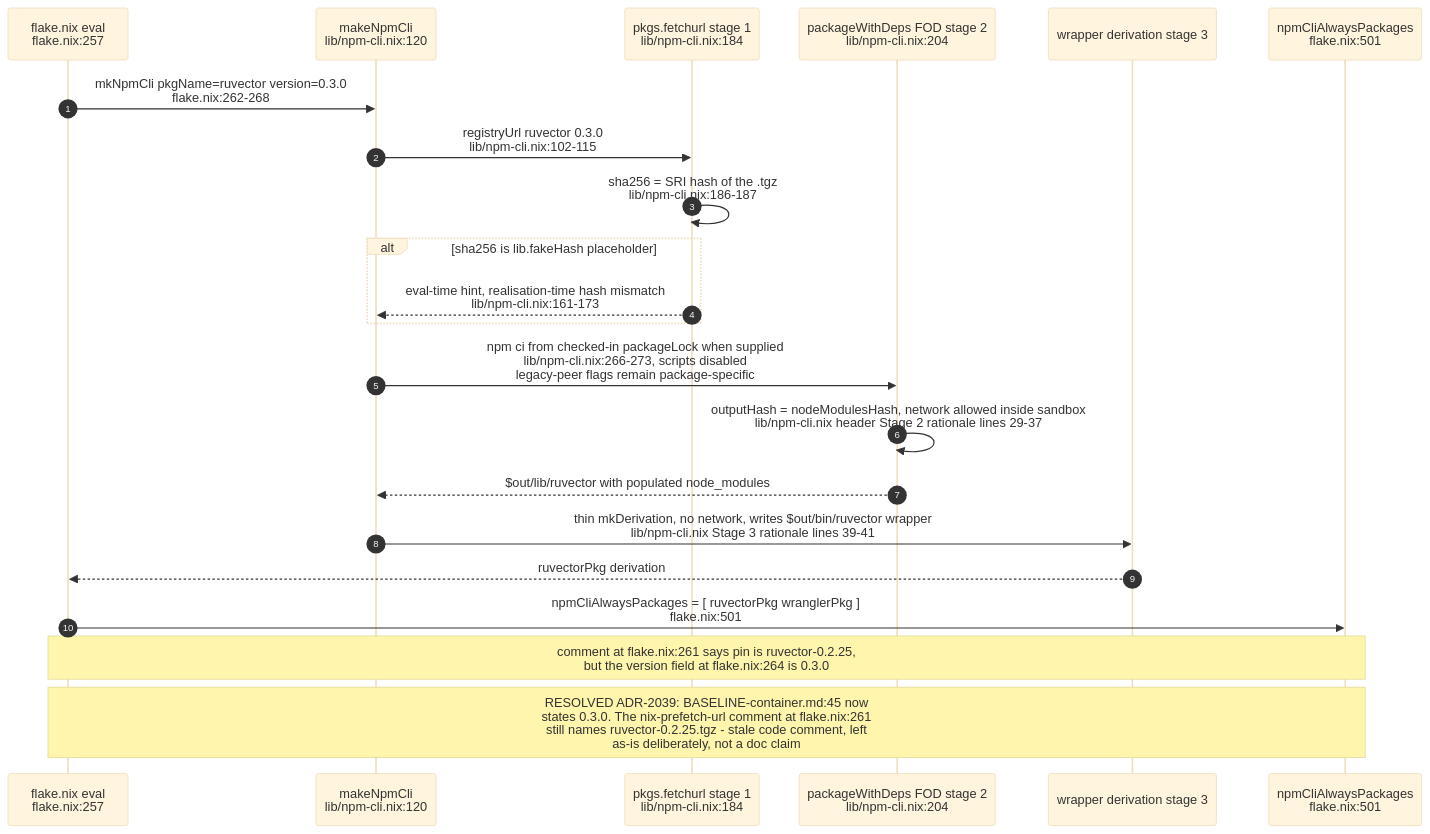
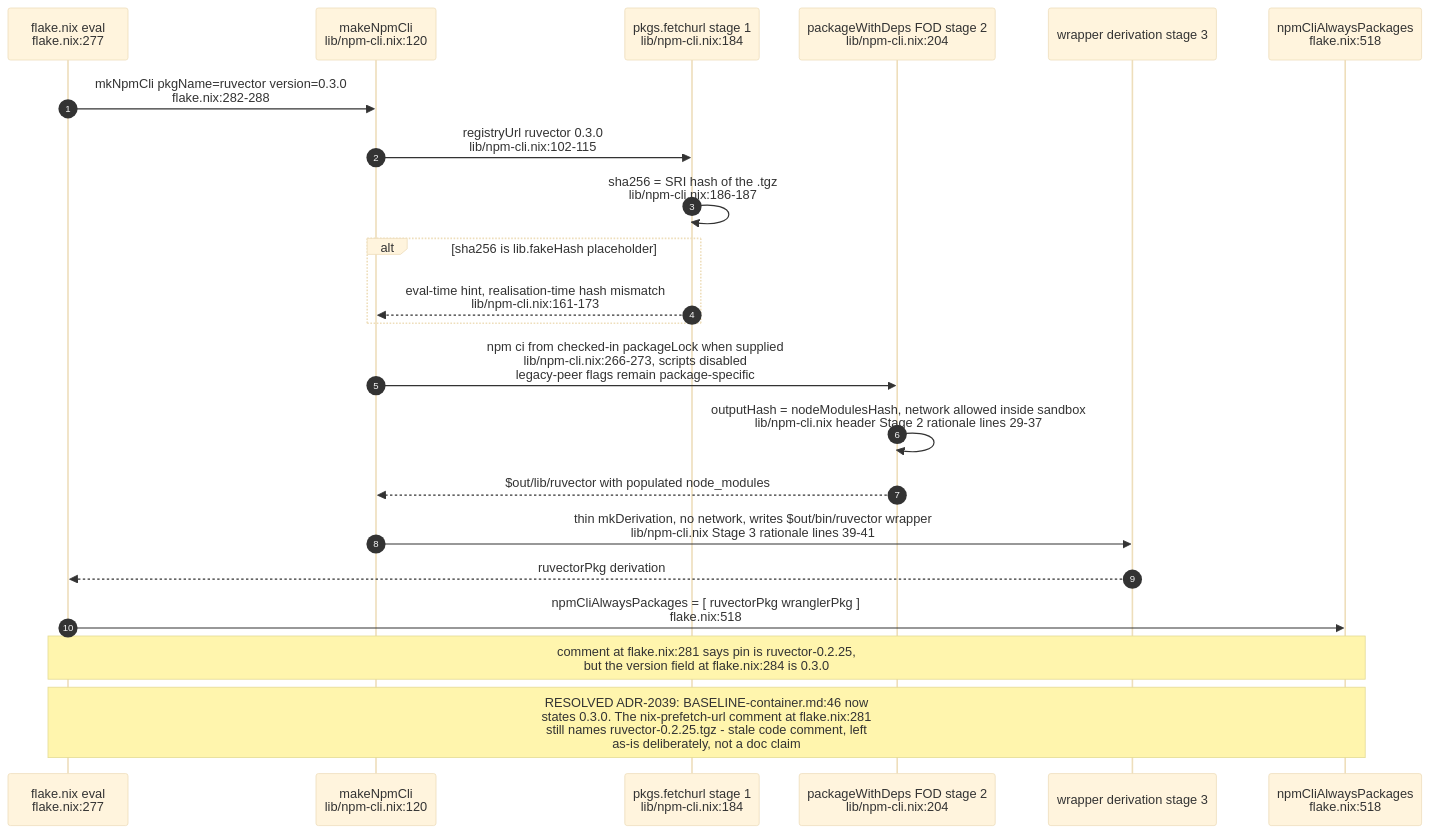
Before and after one commit to DreamLab-AI/VisionFlow: the fifth of 11 diagrams in docs/diagrams/agentbox/01-nix-flake-composition.md, drawn with Mermaid (base theme). The commit also changed other lines of this file and 28 other files, not shown here.

````diff
--- a/docs/diagrams/agentbox/01-nix-flake-composition.md
+++ b/docs/diagrams/agentbox/01-nix-flake-composition.md
@@ -207,25 +209,25 @@
 ```mermaid
 sequenceDiagram
     autonumber
-    participant FLAKE as flake.nix eval<br/>flake.nix:257
+    participant FLAKE as flake.nix eval<br/>flake.nix:277
     participant MK as makeNpmCli<br/>lib/npm-cli.nix:120
     participant FETCH as pkgs.fetchurl stage 1<br/>lib/npm-cli.nix:184
     participant FOD as packageWithDeps FOD stage 2<br/>lib/npm-cli.nix:204
     participant WRAP as wrapper derivation stage 3
-    participant ALWAYS as npmCliAlwaysPackages<br/>flake.nix:501
+    participant ALWAYS as npmCliAlwaysPackages<br/>flake.nix:518
 
-    FLAKE->>MK: mkNpmCli pkgName=ruvector version=0.3.0<br/>flake.nix:262-268
+    FLAKE->>MK: mkNpmCli pkgName=ruvector version=0.3.0<br/>flake.nix:282-288
     MK->>FETCH: registryUrl ruvector 0.3.0<br/>lib/npm-cli.nix:102-115
     FETCH->>FETCH: sha256 = SRI hash of the .tgz<br/>lib/npm-cli.nix:186-187
     alt sha256 is lib.fakeHash placeholder
         FETCH-->>MK: eval-time hint, realisation-time hash mismatch<br/>lib/npm-cli.nix:161-173
     end
     MK->>FOD: npm ci from checked-in packageLock when supplied<br/>lib/npm-cli.nix:266-273, scripts disabled<br/>legacy-peer flags remain package-specific
     FOD->>FOD: outputHash = nodeModulesHash, network allowed inside sandbox<br/>lib/npm-cli.nix header Stage 2 rationale lines 29-37
     FOD-->>MK: $out/lib/ruvector with populated node_modules
     MK->>WRAP: thin mkDerivation, no network, writes $out/bin/ruvector wrapper<br/>lib/npm-cli.nix Stage 3 rationale lines 39-41
     WRAP-->>FLAKE: ruvectorPkg derivation
-    FLAKE->>ALWAYS: npmCliAlwaysPackages = [ ruvectorPkg wranglerPkg ]<br/>flake.nix:501
-    Note over FLAKE,ALWAYS: comment at flake.nix:261 says pin is ruvector-0.2.25,<br/>but the version field at flake.nix:264 is 0.3.0
-    Note over FLAKE,ALWAYS: RESOLVED ADR-2039: BASELINE-container.md:45 now<br/>states 0.3.0. The nix-prefetch-url comment at flake.nix:261<br/>still names ruvector-0.2.25.tgz - stale code comment, left<br/>as-is deliberately, not a doc claim
+    FLAKE->>ALWAYS: npmCliAlwaysPackages = [ ruvectorPkg wranglerPkg ]<br/>flake.nix:518
+    Note over FLAKE,ALWAYS: comment at flake.nix:281 says pin is ruvector-0.2.25,<br/>but the version field at flake.nix:284 is 0.3.0
+    Note over FLAKE,ALWAYS: RESOLVED ADR-2039: BASELINE-container.md:46 now<br/>states 0.3.0. The nix-prefetch-url comment at flake.nix:281<br/>still names ruvector-0.2.25.tgz - stale code comment, left<br/>as-is deliberately, not a doc claim
 ```
````
